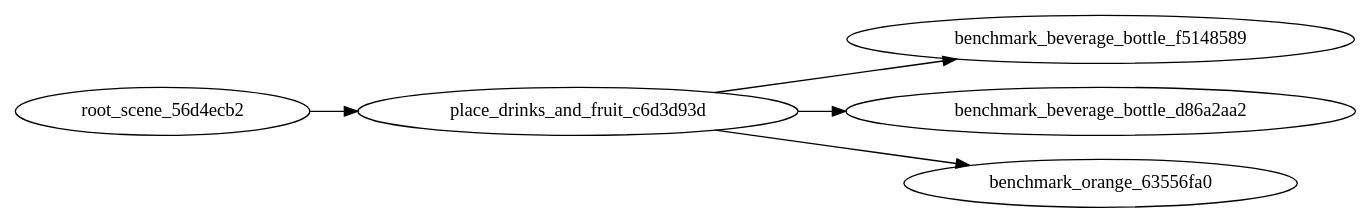
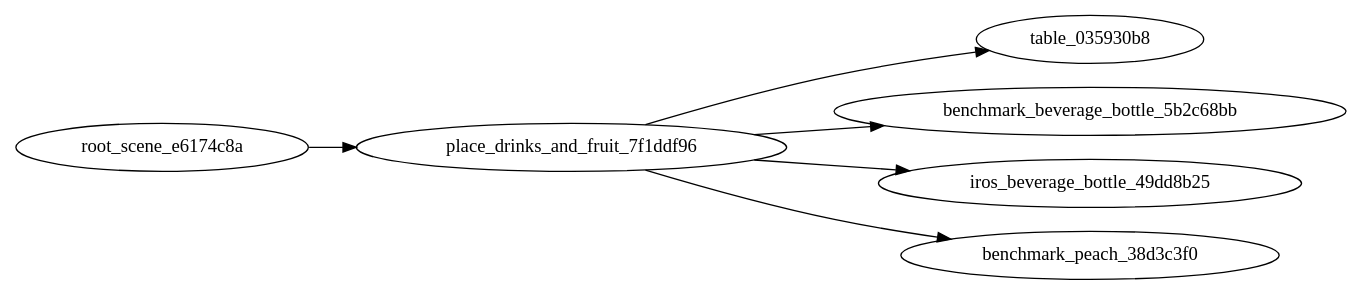
The diagram in source/geniesim/benchmark/config/llm_task/straighten_object/6/graph.dot (bodongiee/genie_sim_workplace), drawn with Graphviz before and after one commit. The commit also changed 568 other files, not shown here.

```diff
--- a/source/geniesim/benchmark/config/llm_task/straighten_object/6/graph.dot
+++ b/source/geniesim/benchmark/config/llm_task/straighten_object/6/graph.dot
@@ -1,10 +1,12 @@
 strict digraph "" {
 	graph [rankdir=LR];
-	root_scene_56d4ecb2 -> place_drinks_and_fruit_c6d3d93d;
-	benchmark_beverage_bottle_f5148589	[tags="['oolong tea beverage', 'beverage', 'bottle', 'drink', 'left']"];
-	place_drinks_and_fruit_c6d3d93d -> benchmark_beverage_bottle_f5148589;
-	benchmark_beverage_bottle_d86a2aa2	[tags="['fanta', 'beverage', 'bottle', 'drink', 'right']"];
-	place_drinks_and_fruit_c6d3d93d -> benchmark_beverage_bottle_d86a2aa2;
-	benchmark_orange_63556fa0	[tags="['orange', 'fruit', 'healthy', 'snack', 'right']"];
-	place_drinks_and_fruit_c6d3d93d -> benchmark_orange_63556fa0;
+	root_scene_e6174c8a -> place_drinks_and_fruit_7f1ddf96;
+	table_035930b8	[tags="['minimalist_table', 'white', 'furniture', 'center']"];
+	place_drinks_and_fruit_7f1ddf96 -> table_035930b8;
+	benchmark_beverage_bottle_5b2c68bb	[tags="['fanta', 'beverage', 'bottle', 'drink', 'right']"];
+	place_drinks_and_fruit_7f1ddf96 -> benchmark_beverage_bottle_5b2c68bb;
+	iros_beverage_bottle_49dd8b25	[tags="['sprite', 'beverage', 'bottle', 'drink', 'right']"];
+	place_drinks_and_fruit_7f1ddf96 -> iros_beverage_bottle_49dd8b25;
+	benchmark_peach_38d3c3f0	[tags="['peach', 'fruit', 'healthy', 'snack', 'left']"];
+	place_drinks_and_fruit_7f1ddf96 -> benchmark_peach_38d3c3f0;
 }
```
